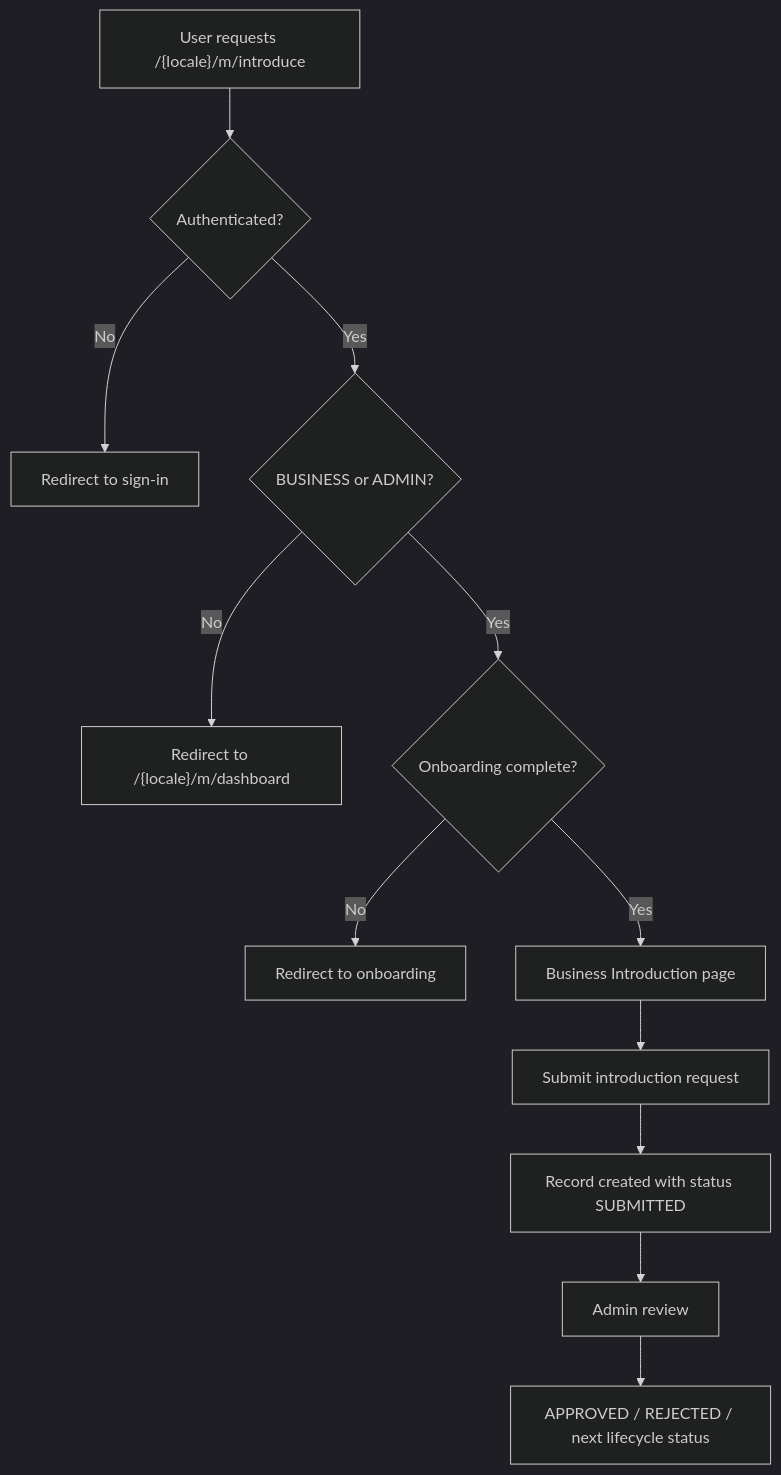
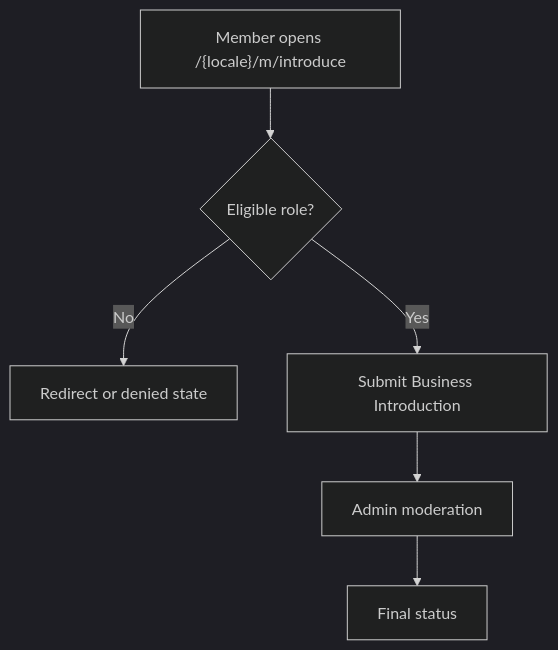
Before and after one commit to GeorgiySergeev/kylyvnyk-buisness-club: the fourth of 7 diagrams in docs/user-flows.md, drawn with Mermaid (dark theme). The commit also changed other lines of this file and 15 other files, not shown here.

````diff
--- a/docs/user-flows.md
+++ b/docs/user-flows.md
@@ -131,15 +76,8 @@
 ```mermaid
 flowchart TD
-  A["User requests /{locale}/m/introduce"] --> B{"Authenticated?"}
-  B -- "No" --> C["Redirect to sign-in"]
-  B -- "Yes" --> D{"BUSINESS or ADMIN?"}
-  D -- "No" --> E["Redirect to /{locale}/m/dashboard"]
-  D -- "Yes" --> F{"Onboarding complete?"}
-  F -- "No" --> G["Redirect to onboarding"]
-  F -- "Yes" --> H["Business Introduction page"]
-
-  H --> I["Submit introduction request"]
-  I --> J["Record created with status SUBMITTED"]
-  J --> K["Admin review"]
-  K --> L["APPROVED / REJECTED / next lifecycle status"]
+  A["Member opens /{locale}/m/introduce"] --> B{"Eligible role?"}
+  B -- "No" --> C["Redirect or denied state"]
+  B -- "Yes" --> D["Submit Business Introduction"]
+  D --> E["Admin moderation"]
+  E --> F["Final status"]
 ```
````
